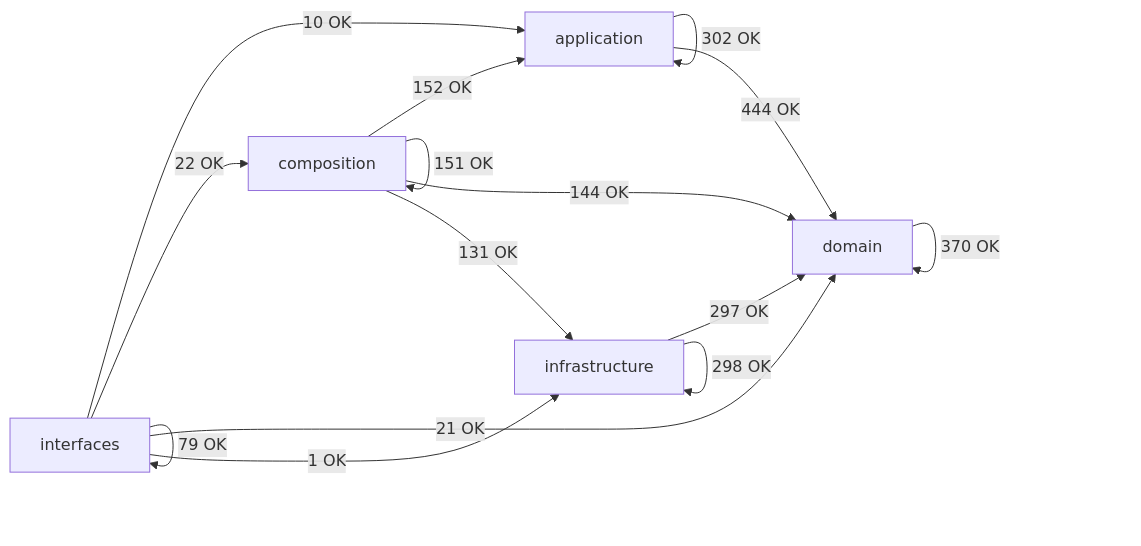
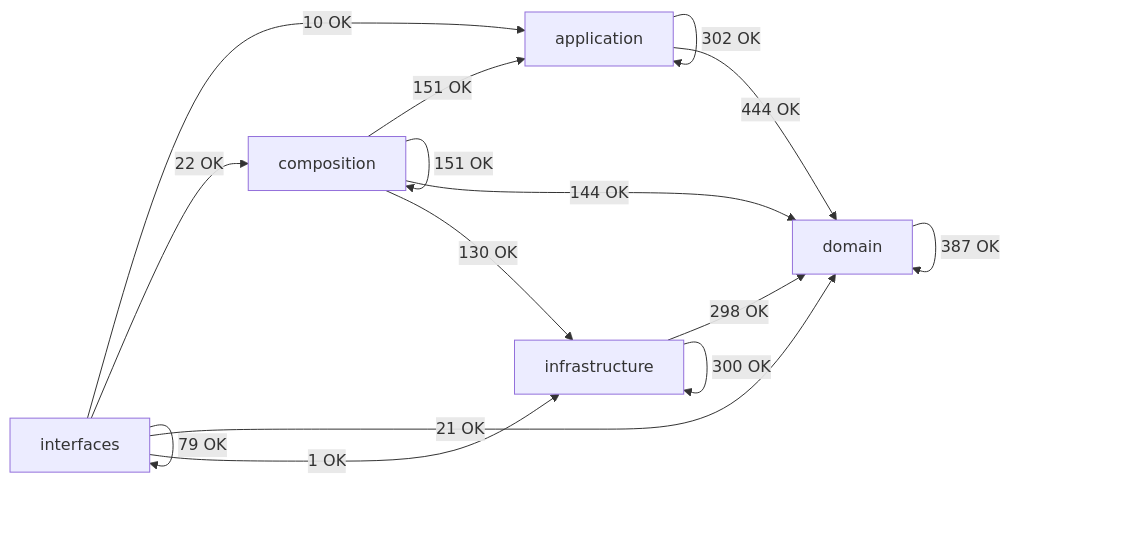
Before and after one commit to SatoryKono/BioactivityDataAcquisition: the diagram in docs/02-architecture/generated/module-dependency-map.md, drawn with Mermaid. The commit also changed other lines of this file and 48 other files, not shown here.

````diff
--- a/docs/02-architecture/generated/module-dependency-map.md
+++ b/docs/02-architecture/generated/module-dependency-map.md
@@ -15,22 +15,22 @@
 ```mermaid
 flowchart LR
     domain[domain]
     application[application]
     infrastructure[infrastructure]
     composition[composition]
     interfaces[interfaces]
     application -->|302 OK| application
     application -->|444 OK| domain
-    composition -->|152 OK| application
+    composition -->|151 OK| application
     composition -->|151 OK| composition
     composition -->|144 OK| domain
-    composition -->|131 OK| infrastructure
-    domain -->|370 OK| domain
-    infrastructure -->|297 OK| domain
-    infrastructure -->|298 OK| infrastructure
+    composition -->|130 OK| infrastructure
+    domain -->|387 OK| domain
+    infrastructure -->|298 OK| domain
+    infrastructure -->|300 OK| infrastructure
     interfaces -->|10 OK| application
     interfaces -->|22 OK| composition
     interfaces -->|21 OK| domain
     interfaces -->|1 OK| infrastructure
     interfaces -->|79 OK| interfaces
 ```
````
